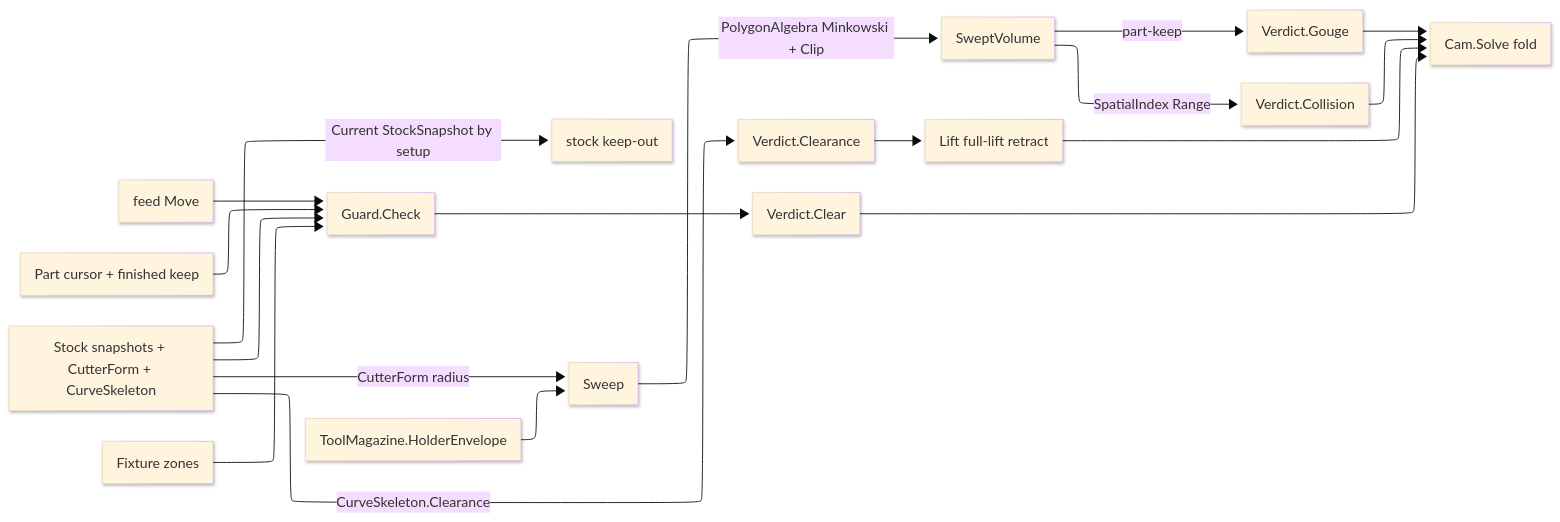
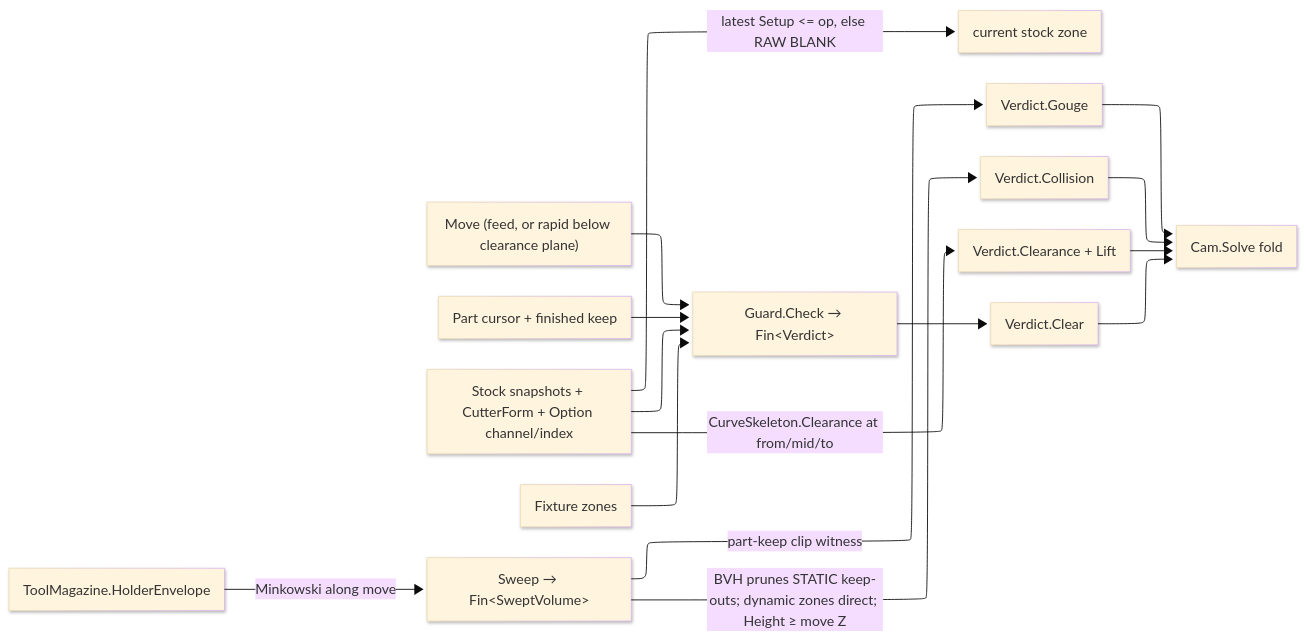
One commit to bsamiee/Rasm changed the diagram in libs/csharp/Rasm.Fabrication/.planning/Toolpath/guard.md. Above: the diagram before and after it, drawn with Mermaid. The commit also changed other lines of this file and 79 other files, not shown here.

First line of the commit message:
snapshot: rebuild run mid-Build (impl landed, crit running) + fleet telemetry retrofit + rebuild-next observation fixes

````diff
--- a/libs/csharp/Rasm.Fabrication/.planning/Toolpath/guard.md
+++ b/libs/csharp/Rasm.Fabrication/.planning/Toolpath/guard.md
@@ -155,28 +189,25 @@
 ```mermaid
 ---
 config:
   layout: elk
   look: neo
   theme: base
 ---
 flowchart LR
     accTitle: Guard per-move safety fold
-    accDescr: Guard composes current stock, holder envelope, clearance, and obstacle broad-phase into typed Cam verdicts.
-    Move["feed Move"] --> Check["Guard.Check"]
+    accDescr: Guard composes current stock, holder sweep, channel clearance, and two-phase obstacle testing into typed Cam verdicts on a fail-closed rail.
+    Move["Move (feed, or rapid below clearance plane)"] --> Check["Guard.Check → Fin&lt;Verdict&gt;"]
     Part["Part cursor + finished keep"] --> Check
-    Stock["Stock snapshots + CutterForm + CurveSkeleton"] --> Check
+    Stock["Stock snapshots + CutterForm + Option channel/index"] --> Check
     Fixture["Fixture zones"] --> Check
-    Stock -->|Current StockSnapshot by setup| Obstacles["stock keep-out"]
-    Stock -->|CutterForm radius| Sweep["Sweep"]
-    Magazine["ToolMagazine.HolderEnvelope"] --> Sweep
-    Sweep -->|PolygonAlgebra Minkowski + Clip| Volume["SweptVolume"]
-    Volume -->|part-keep| Gouge["Verdict.Gouge"]
-    Volume -->|SpatialIndex Range| Collision["Verdict.Collision"]
-    Stock -->|CurveSkeleton.Clearance| Clearance["Verdict.Clearance"]
-    Clearance --> Lift["Lift full-lift retract"]
+    Stock -->|"latest Setup <= op, else RAW BLANK"| Obstacles["current stock zone"]
+    Magazine["ToolMagazine.HolderEnvelope"] -->|Minkowski along move| Sweep["Sweep → Fin&lt;SweptVolume&gt;"]
+    Sweep -->|part-keep clip witness| Gouge["Verdict.Gouge"]
+    Sweep -->|"BVH prunes STATIC keep-outs; dynamic zones direct; Height ≥ move Z"| Collision["Verdict.Collision"]
+    Stock -->|"CurveSkeleton.Clearance at from/mid/to"| Clearance["Verdict.Clearance + Lift"]
     Check --> Clear["Verdict.Clear"]
     Gouge --> Cam["Cam.Solve fold"]
     Collision --> Cam
-    Lift --> Cam
+    Clearance --> Cam
     Clear --> Cam
 ```
````
